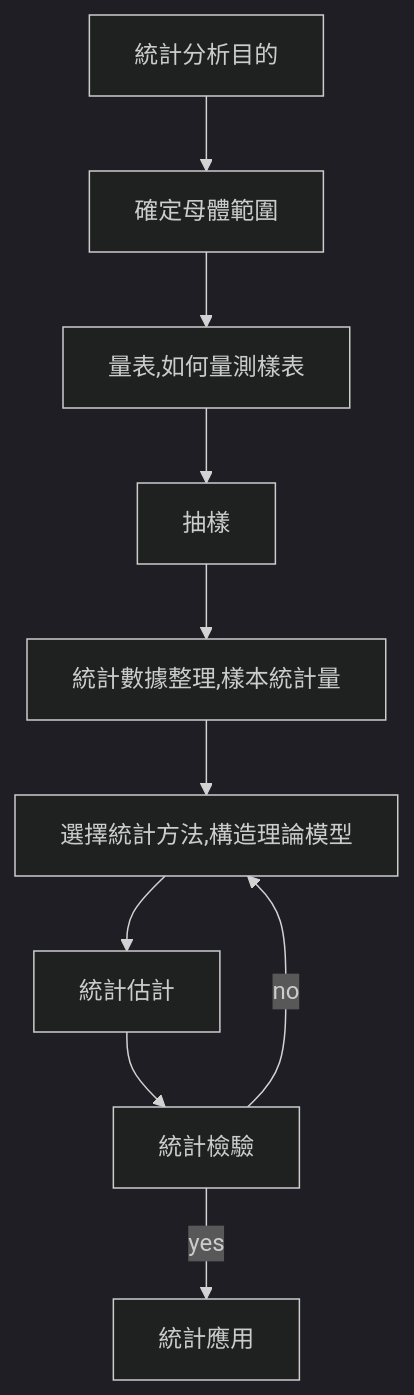
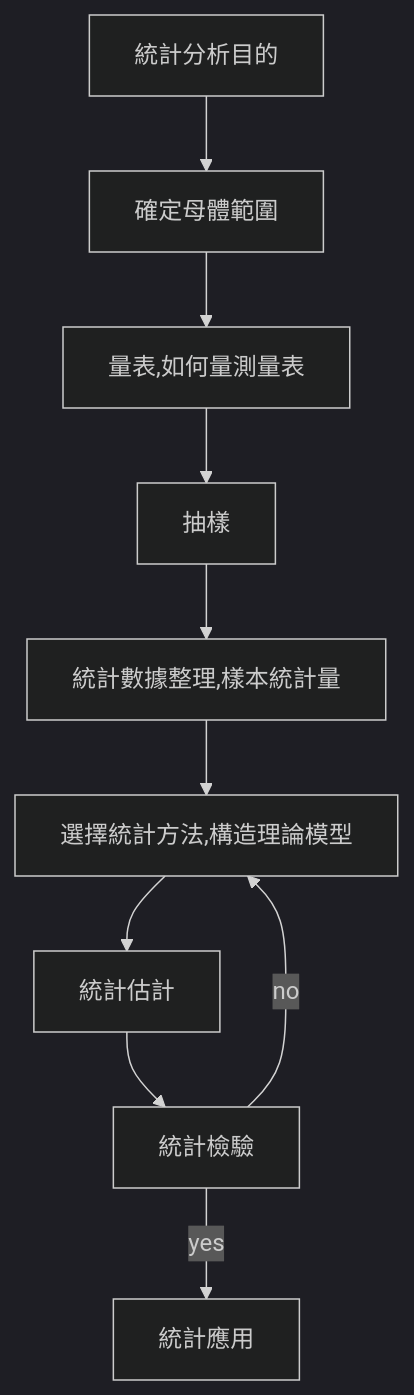
One commit to chchoiw/chchoiw.github.io changed the first of 3 diagrams in _posts/2022-05-21-statistic_analysis.md. Above: the diagram before and after it, drawn with Mermaid (dark theme).

````diff
--- a/_posts/2022-05-21-statistic_analysis.md
+++ b/_posts/2022-05-21-statistic_analysis.md
@@ -45,21 +45,21 @@
 ```mermaid
 graph TB
 iid0[統計分析目的]
 iid1[確定母體範圍]
-iid2[量表,如何量測樣表]
+iid2[量表,如何量測量表]
 iid3[抽樣]
 iid4[統計數據整理,樣本統計量]
 iid5[選擇統計方法,構造理論模型]
 iid6[統計估計]
 iid7[統計檢驗]
 iid8[統計應用]
 iid0-->iid1
 iid1-->iid2
 iid2-->iid3
 iid3-->iid4
 iid4-->iid5
 iid5-->iid6
 iid6-->iid7
 iid7-->|yes|iid8
 iid7-->|no|iid5
 ```
````
